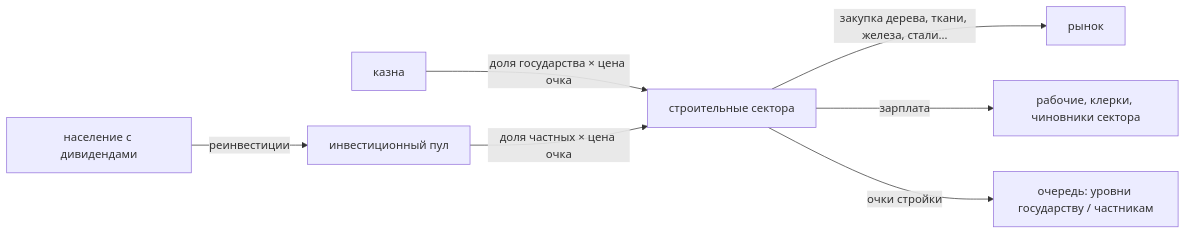
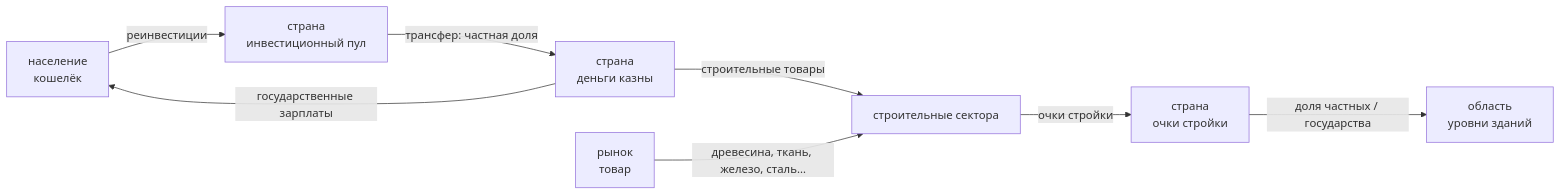
Before and after one commit to BEDTRIP/vic3_out_docs: the diagram in vanilla/Потоки/Потоки стройки (ваниль).md, drawn with Mermaid. The commit also changed other lines of this file and 19 other files, not shown here.

First line of the commit message:
SRC-27: пилот «стройка» по схеме графа ADR-0338 — субъекты, счета, потоки

````diff
--- a/vanilla/Потоки/Потоки стройки (ваниль).md
+++ b/vanilla/Потоки/Потоки стройки (ваниль).md
@@ -19,9 +21,10 @@
 ```mermaid
 flowchart LR
-  pops["население с дивидендами"] -- "реинвестиции" --> pool["инвестиционный пул"]
-  treasury["казна"] -- "доля государства × цена очка" --> sector["строительные сектора"]
-  pool -- "доля частных × цена очка" --> sector
-  sector -- "закупка дерева, ткани, железа, стали…" --> market["рынок"]
-  sector -- "зарплата" --> workers["рабочие, клерки, чиновники сектора"]
-  sector -- "очки стройки" --> queue["очередь: уровни государству / частникам"]
+  pops["население<br/>кошелёк"] -- "реинвестиции" --> pool["страна<br/>инвестиционный пул"]
+  pool -- "трансфер: частная доля" --> treasury["страна<br/>деньги казны"]
+  treasury -- "строительные товары" --> sector["строительные сектора"]
+  market["рынок<br/>товар"] -- "древесина, ткань, железо, сталь…" --> sector
+  treasury -- "государственные зарплаты" --> pops
+  sector -- "очки стройки" --> points["страна<br/>очки стройки"]
+  points -- "доля частных / государства" --> state["область<br/>уровни зданий"]
 ```
````
